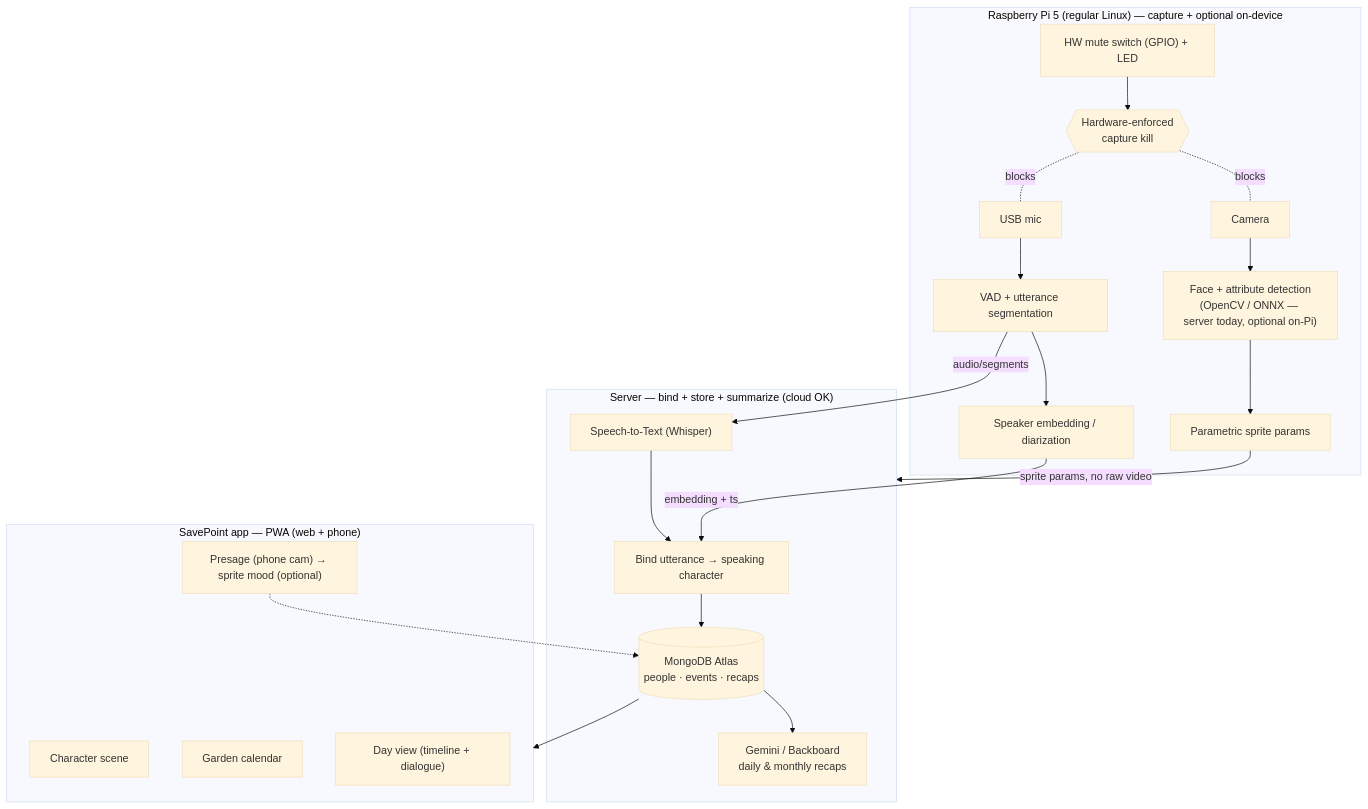
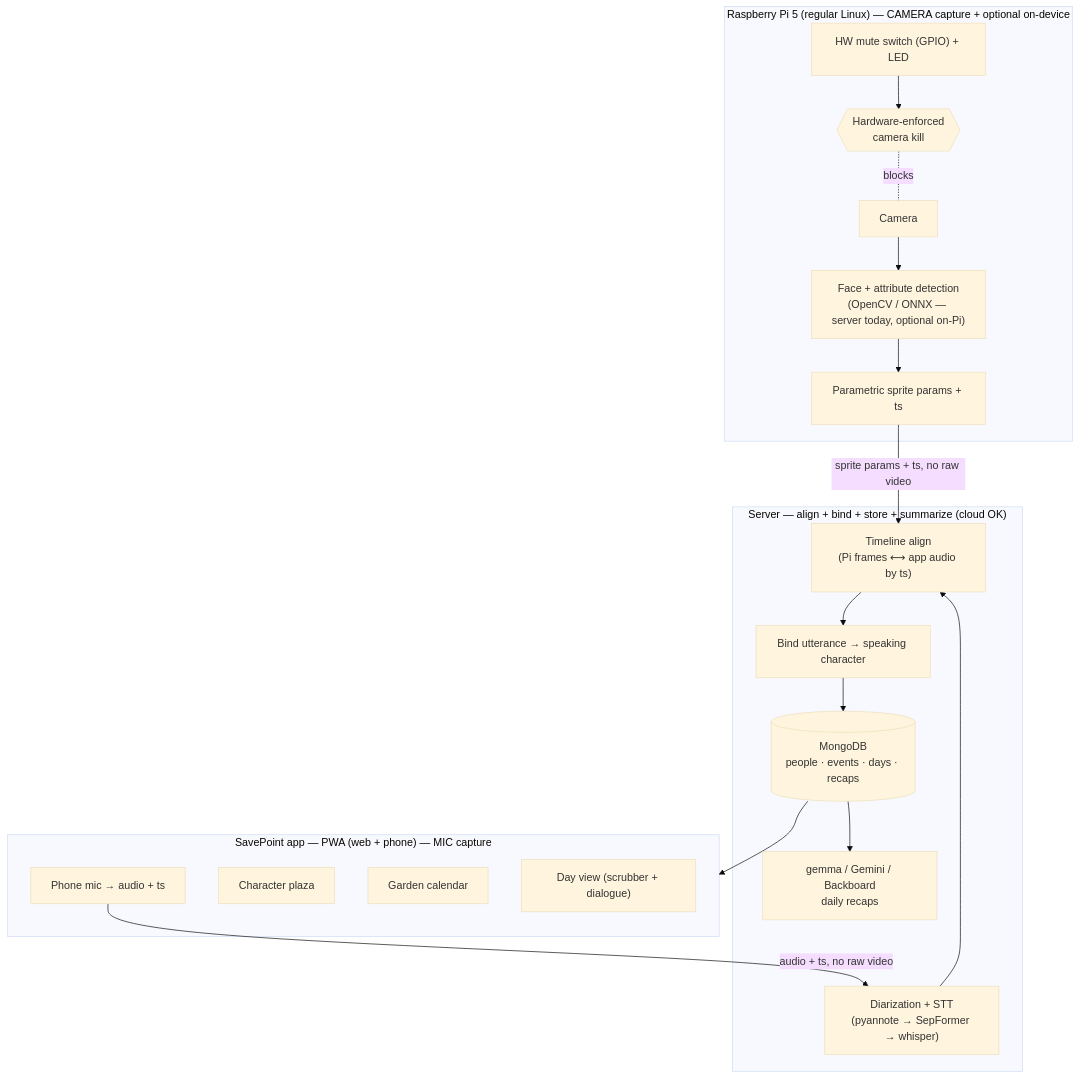
Before and after one commit to AlexZihaoXu/ht6-savepoint: the diagram in DESIGN.md, drawn with Mermaid (base theme). The commit also changed other lines of this file and 2 other files, not shown here.

Commit message:
docs: correct capture architecture — app mic + Pi camera, server timeline-aligns
Per jiucheng (2026-07-18): the microphone is app/phone-side and the camera is
Pi-side; the server aligns the two independent streams by timestamp (NOT a
Pi-side mic, which DESIGN previously recommended). Update:
- DESIGN §4 mermaid + key boundaries, §5 mic row, §6 (two-source timeline
  alignment note), §13 stack, §15 decisions.
- PLAN risk register (cross-device sync), stack, open decisions.
- Repo CLAUDE.md architecture paragraph.
Implication flagged: /ingest likely decouples into separate Pi-frame and
app-audio streams joined by ts; both devices need a shared clock (NTP).

````diff
--- a/DESIGN.md
+++ b/DESIGN.md
@@ -66,35 +69,32 @@
 ```mermaid
 flowchart TB
-    subgraph PI["Raspberry Pi 5 (regular Linux) — capture + optional on-device"]
+    subgraph PI["Raspberry Pi 5 (regular Linux) — CAMERA capture + optional on-device"]
         CAM[Camera] --> FACE["Face + attribute detection<br/>(OpenCV / ONNX — server today, optional on-Pi)"]
-        MIC[USB mic] --> VAD["VAD + utterance segmentation"]
-        FACE --> SPR["Parametric sprite params"]
-        VAD --> EMB["Speaker embedding / diarization"]
-        MUTE["HW mute switch (GPIO) + LED"] --> GUARD{{"Hardware-enforced<br/>capture kill"}}
+        FACE --> SPR["Parametric sprite params + ts"]
+        MUTE["HW mute switch (GPIO) + LED"] --> GUARD{{"Hardware-enforced<br/>camera kill"}}
         GUARD -. blocks .- CAM
-        GUARD -. blocks .- MIC
     end
 
-    subgraph SRV["Server — bind + store + summarize (cloud OK)"]
-        BIND["Bind utterance → speaking character"]
-        STT["Speech-to-Text (Whisper)"]
-        DB[("MongoDB Atlas<br/>people · events · recaps")]
-        SUM["Gemini / Backboard<br/>daily & monthly recaps"]
+    subgraph APP["SavePoint app — PWA (web + phone) — MIC capture"]
+        MIC["Phone mic → audio + ts"]
+        SCENE["Character plaza"]
+        GARDEN["Garden calendar"]
+        DAY["Day view (scrubber + dialogue)"]
     end
 
-    subgraph APP["SavePoint app — PWA (web + phone)"]
-        SCENE["Character scene"]
-        GARDEN["Garden calendar"]
-        DAY["Day view (timeline + dialogue)"]
-        PRESAGE["Presage (phone cam) → sprite mood (optional)"]
+    subgraph SRV["Server — align + bind + store + summarize (cloud OK)"]
+        DIAR["Diarization + STT<br/>(pyannote → SepFormer → whisper)"]
+        ALIGN["Timeline align<br/>(Pi frames ⟷ app audio by ts)"]
+        BIND["Bind utterance → speaking character"]
+        DB[("MongoDB<br/>people · events · days · recaps")]
+        SUM["gemma / Gemini / Backboard<br/>daily recaps"]
     end
 
-    SPR -->|sprite params, no raw video| SRV
-    EMB -->|embedding + ts| BIND
-    VAD -->|audio/segments| STT
-    STT --> BIND
+    SPR -->|sprite params + ts, no raw video| ALIGN
+    MIC -->|audio + ts, no raw video| DIAR
+    DIAR --> ALIGN
+    ALIGN --> BIND
     BIND --> DB
     DB --> SUM
     DB --> APP
-    PRESAGE -.-> DB
 ```
````
